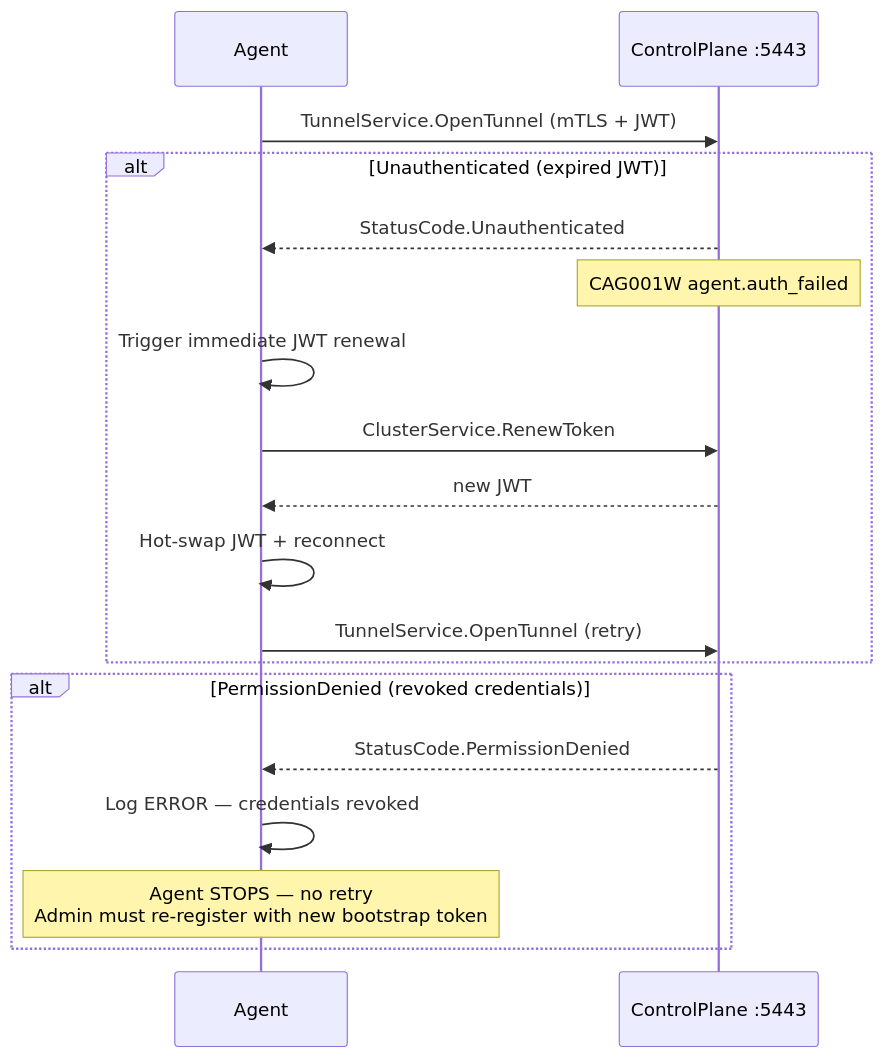
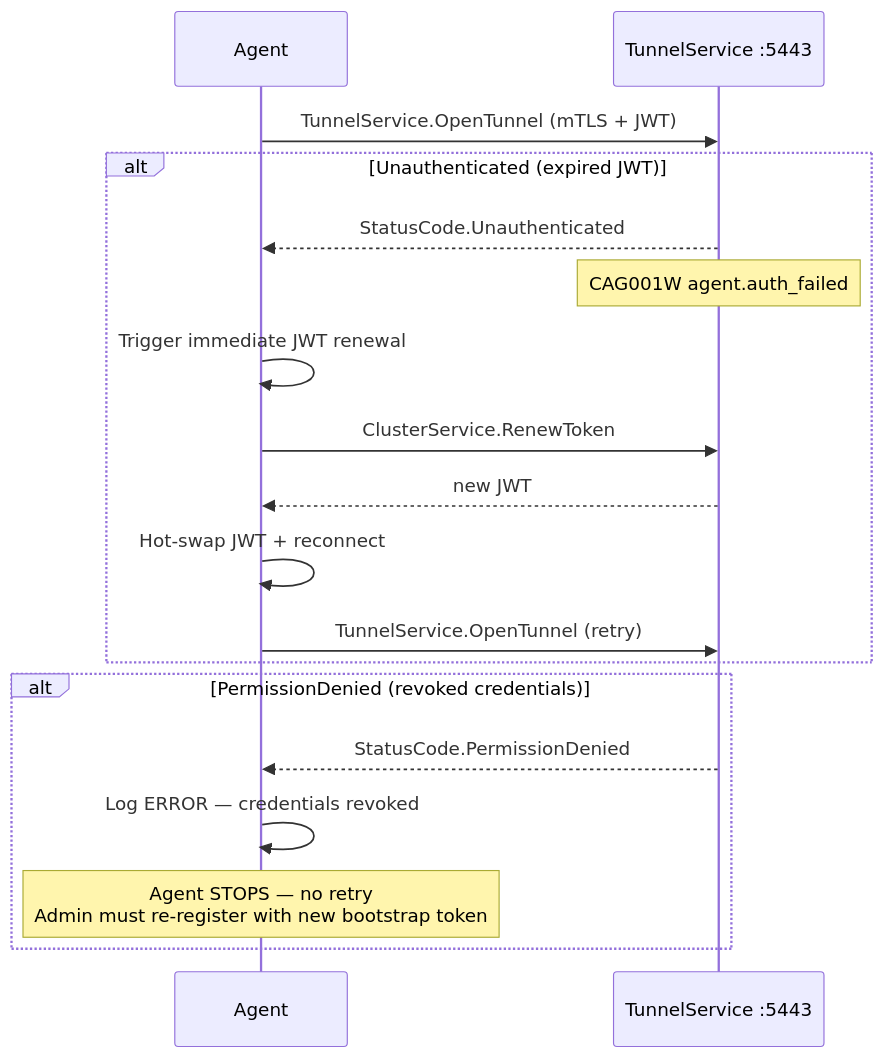
One commit to Clustral/clustral changed the tenth of 19 diagrams in README.md. Above: the diagram before and after it, drawn with Mermaid. The commit also changed other lines of this file and 10 other files, not shown here.

First line of the commit message:
docs: update all diagrams + docs for TunnelService split (#4)

````diff
--- a/README.md
+++ b/README.md
@@ -474,23 +502,23 @@
 ```mermaid
 sequenceDiagram
     participant Agent
-    participant CP as ControlPlane :5443
+    participant TS as TunnelService :5443
 
-    Agent->>CP: TunnelService.OpenTunnel (mTLS + JWT)
+    Agent->>TS: TunnelService.OpenTunnel (mTLS + JWT)
 
     alt Unauthenticated (expired JWT)
-        CP-->>Agent: StatusCode.Unauthenticated
-        Note over CP: CAG001W agent.auth_failed
+        TS-->>Agent: StatusCode.Unauthenticated
+        Note over TS: CAG001W agent.auth_failed
         Agent->>Agent: Trigger immediate JWT renewal
-        Agent->>CP: ClusterService.RenewToken
-        CP-->>Agent: new JWT
+        Agent->>TS: ClusterService.RenewToken
+        TS-->>Agent: new JWT
         Agent->>Agent: Hot-swap JWT + reconnect
-        Agent->>CP: TunnelService.OpenTunnel (retry)
+        Agent->>TS: TunnelService.OpenTunnel (retry)
     end
 
     alt PermissionDenied (revoked credentials)
-        CP-->>Agent: StatusCode.PermissionDenied
+        TS-->>Agent: StatusCode.PermissionDenied
         Agent->>Agent: Log ERROR — credentials revoked
         Note over Agent: Agent STOPS — no retry<br/>Admin must re-register with new bootstrap token
     end
 ```
````
